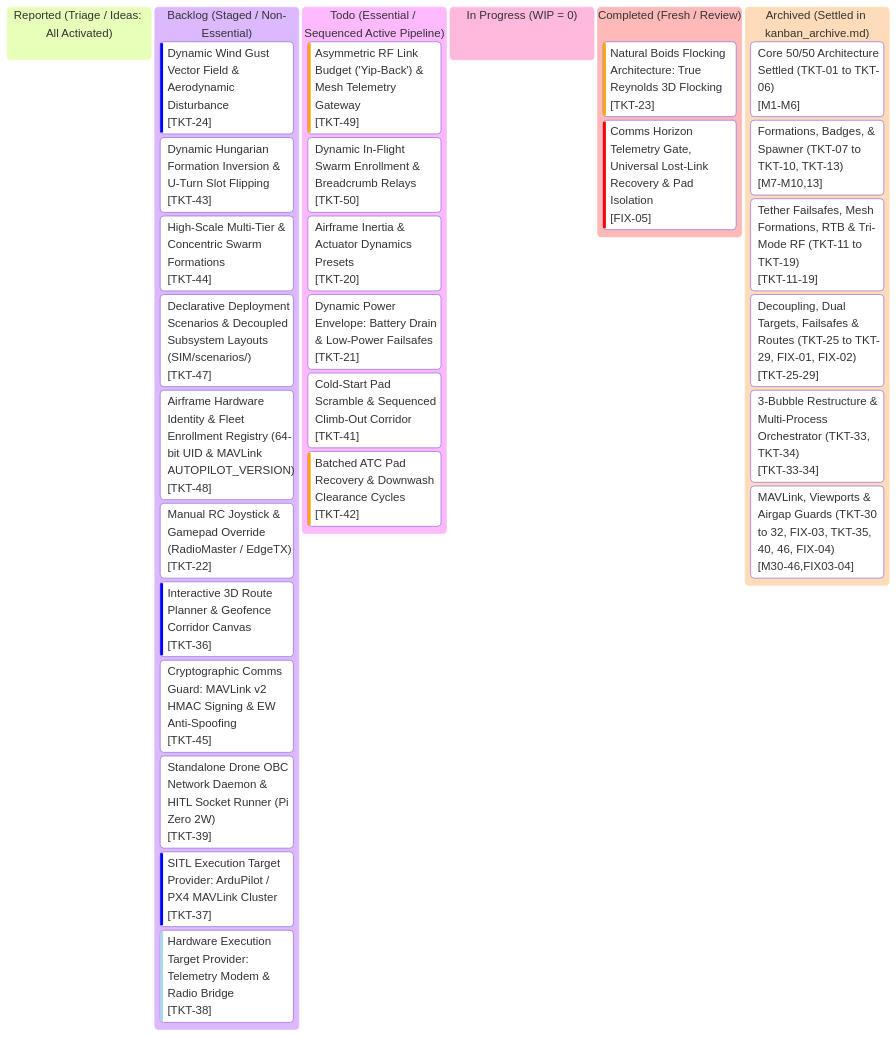
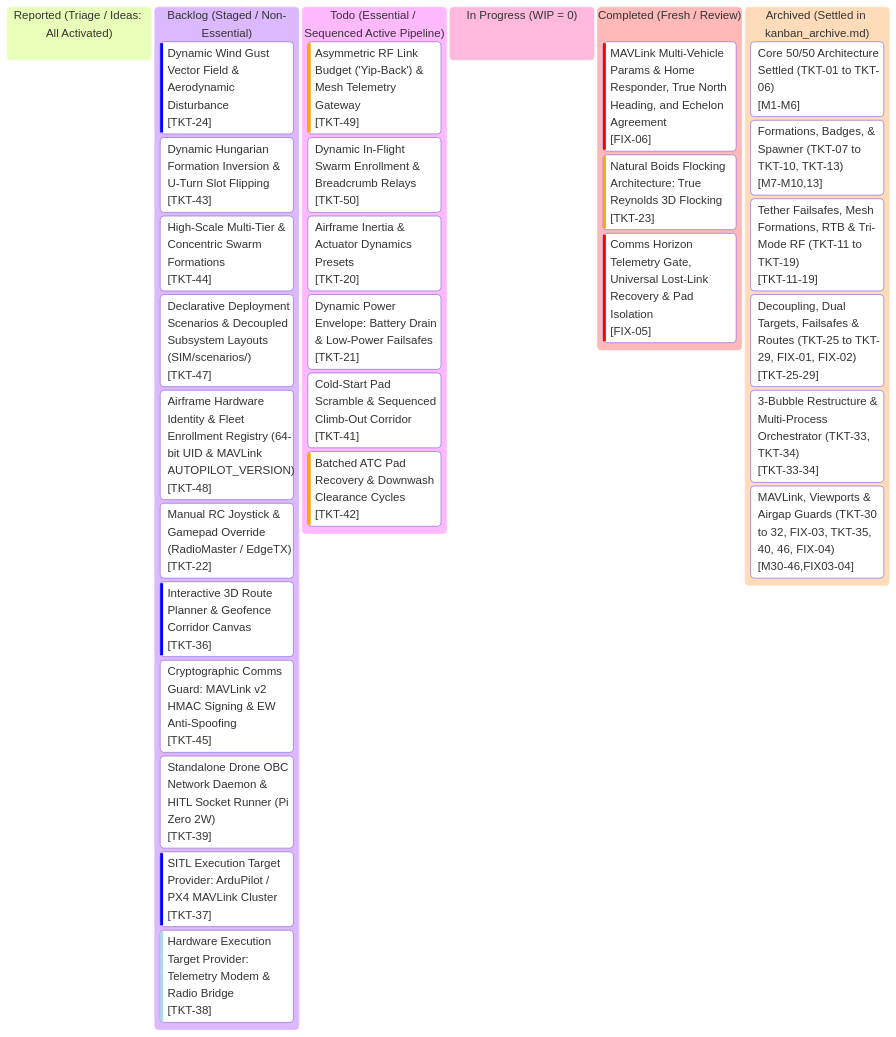
Before and after one commit to AlitheiaDeus/SwarmTech_v3-Uprising: the diagram in kanban.md, drawn with Mermaid. The commit also changed other lines of this file and 5 other files, not shown here.

Commit message:
fix(mavlink): multi-vehicle params, home location, true north heading & echelon agreement [FIX-06]

````diff
--- a/kanban.md
+++ b/kanban.md
@@ -10,54 +10,55 @@
 ```mermaid
 %%{init: {
   'theme': 'base',
   'themeVariables': {
     'primaryColor': '#0d2235',
     'primaryTextColor': '#d4f4ff',
     'primaryBorderColor': '#00f0ff',
     'lineColor': '#00f0ff',
     'background': '#061019',
     'mainBkg': '#0a1926',
     'secondaryColor': '#081420',
     'secondaryTextColor': '#5a7e96',
     'secondaryBorderColor': '#134e6f',
     'tertiaryColor': '#0e263d',
     'tertiaryTextColor': '#00ffaa',
     'tertiaryBorderColor': '#00ffaa',
     'clusterBkg': '#081420',
     'clusterBorder': '#134e6f',
     'fontFamily': "'JetBrains Mono', 'Courier New', monospace"
   }
 }}%%
 kanban
   reported["Reported (Triage / Ideas: All Activated)"]
   backlog["Backlog (Staged / Non-Essential)"]
     tkt24["Dynamic Wind Gust Vector Field & Aerodynamic Disturbance"]@{ ticket: '[TKT-24]', priority: 'Low' }
     tkt43["Dynamic Hungarian Formation Inversion & U-Turn Slot Flipping"]@{ ticket: '[TKT-43]', priority: 'Medium' }
     tkt44["High-Scale Multi-Tier & Concentric Swarm Formations"]@{ ticket: '[TKT-44]', priority: 'Medium' }
     tkt47["Declarative Deployment Scenarios & Decoupled Subsystem Layouts (SIM/scenarios/)"]@{ ticket: '[TKT-47]', priority: 'Medium' }
     tkt48["Airframe Hardware Identity & Fleet Enrollment Registry (64-bit UID & MAVLink AUTOPILOT_VERSION)"]@{ ticket: '[TKT-48]', priority: 'Medium' }
     tkt22["Manual RC Joystick & Gamepad Override (RadioMaster / EdgeTX)"]@{ ticket: '[TKT-22]', priority: 'Medium' }
     tkt36["Interactive 3D Route Planner & Geofence Corridor Canvas"]@{ ticket: '[TKT-36]', priority: 'Low' }
     tkt45["Cryptographic Comms Guard: MAVLink v2 HMAC Signing & EW Anti-Spoofing"]@{ ticket: '[TKT-45]', priority: 'Medium' }
     tkt39["Standalone Drone OBC Network Daemon & HITL Socket Runner (Pi Zero 2W)"]@{ ticket: '[TKT-39]', priority: 'Medium' }
     tkt37["SITL Execution Target Provider: ArduPilot / PX4 MAVLink Cluster"]@{ ticket: '[TKT-37]', priority: 'Low' }
     tkt38["Hardware Execution Target Provider: Telemetry Modem & Radio Bridge"]@{ ticket: '[TKT-38]', priority: 'Very Low' }
   todo["Todo (Essential / Sequenced Active Pipeline)"]
     tkt49["Asymmetric RF Link Budget ('Yip-Back') & Mesh Telemetry Gateway"]@{ ticket: '[TKT-49]', priority: 'High' }
     tkt50["Dynamic In-Flight Swarm Enrollment & Breadcrumb Relays"]@{ ticket: '[TKT-50]', priority: 'Medium' }
     tkt20["Airframe Inertia & Actuator Dynamics Presets"]@{ ticket: '[TKT-20]', priority: 'Medium' }
     tkt21["Dynamic Power Envelope: Battery Drain & Low-Power Failsafes"]@{ ticket: '[TKT-21]', priority: 'Medium' }
     tkt41["Cold-Start Pad Scramble & Sequenced Climb-Out Corridor"]@{ ticket: '[TKT-41]', priority: 'Medium' }
     tkt42["Batched ATC Pad Recovery & Downwash Clearance Cycles"]@{ ticket: '[TKT-42]', priority: 'High' }
   in_progress["In Progress (WIP = 0)"]
   completed["Completed (Fresh / Review)"]
+    fix06["MAVLink Multi-Vehicle Params & Home Responder, True North Heading, and Echelon Agreement"]@{ ticket: '[FIX-06]', priority: 'Very High' }
     tkt23["Natural Boids Flocking Architecture: True Reynolds 3D Flocking"]@{ ticket: '[TKT-23]', priority: 'High' }
     fix05["Comms Horizon Telemetry Gate, Universal Lost-Link Recovery & Pad Isolation"]@{ ticket: '[FIX-05]', priority: 'Very High' }
   archived["Archived (Settled in kanban_archive.md)"]
     arch_m1_6["Core 50/50 Architecture Settled (TKT-01 to TKT-06)"]@{ ticket: '[M1-M6]' }
     arch_m7_10_13["Formations, Badges, & Spawner (TKT-07 to TKT-10, TKT-13)"]@{ ticket: '[M7-M10,13]' }
     arch_m11_19["Tether Failsafes, Mesh Formations, RTB & Tri-Mode RF (TKT-11 to TKT-19)"]@{ ticket: '[TKT-11-19]' }
     arch_m25_29["Decoupling, Dual Targets, Failsafes & Routes (TKT-25 to TKT-29, FIX-01, FIX-02)"]@{ ticket: '[TKT-25-29]' }
     arch_m33_34["3-Bubble Restructure & Multi-Process Orchestrator (TKT-33, TKT-34)"]@{ ticket: '[TKT-33-34]' }
     arch_m30_46_fix03_04["MAVLink, Viewports & Airgap Guards (TKT-30 to 32, FIX-03, TKT-35, 40, 46, FIX-04)"]@{ ticket: '[M30-46,FIX03-04]' }
 ```
````
